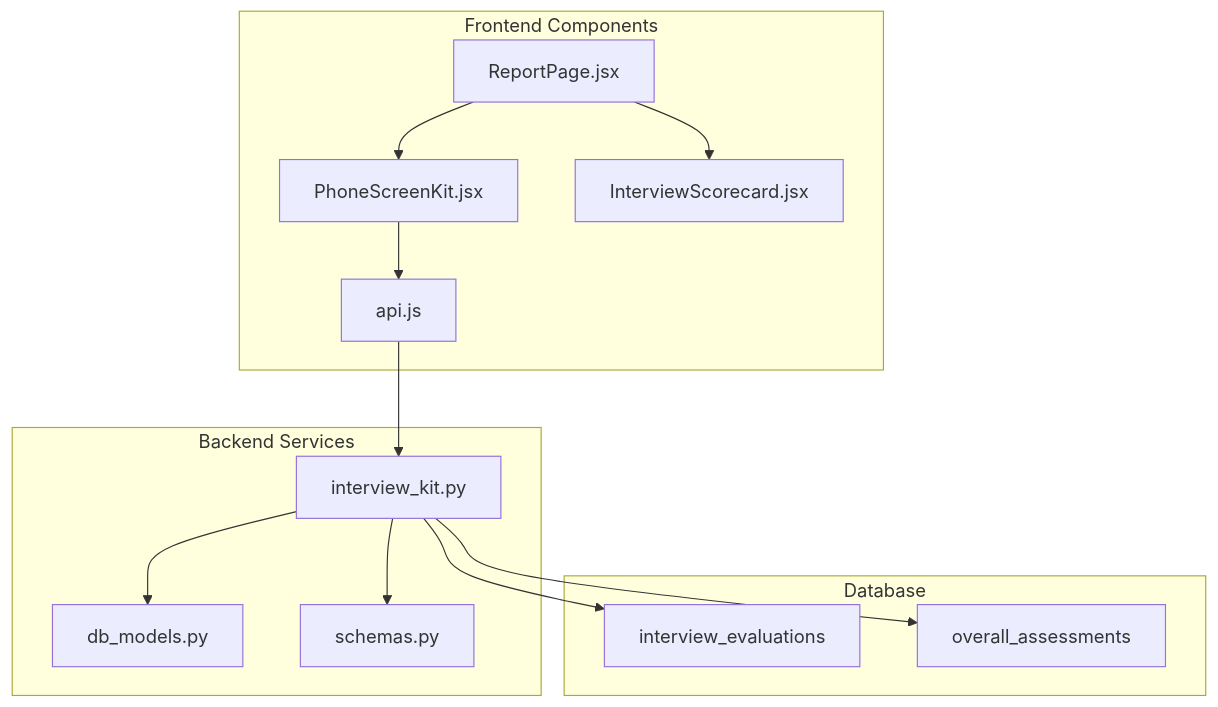
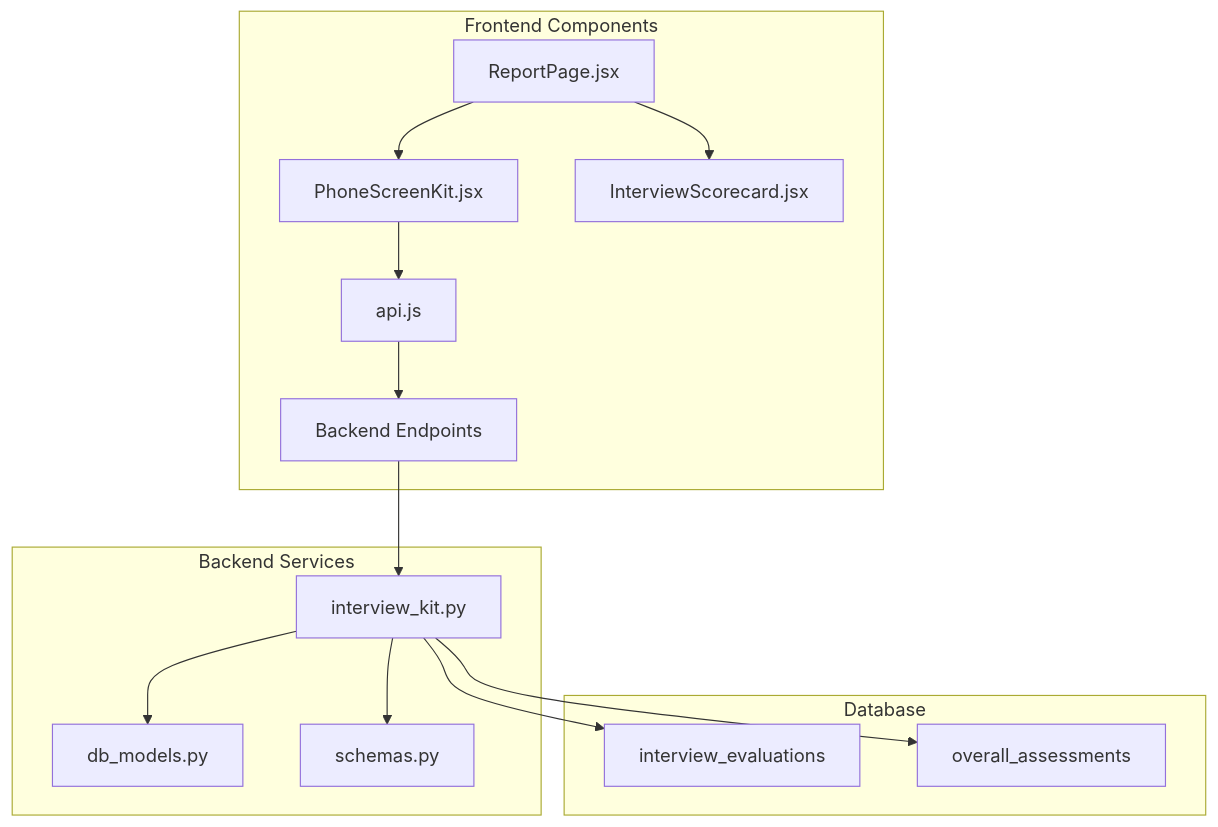
Before and after one commit to Revanththetalogics/aireume: the first of 9 diagrams in .qoder/repowiki/en/content/Frontend Architecture/Component Library/PhoneScreenKit Component.md, drawn with Mermaid. The commit also changed other lines of this file and 7 other files, not shown here.

````diff
--- a/.qoder/repowiki/en/content/Frontend Architecture/Component Library/PhoneScreenKit Component.md
+++ b/.qoder/repowiki/en/content/Frontend Architecture/Component Library/PhoneScreenKit Component.md
@@ -35,26 +46,28 @@
 ```mermaid
 graph TB
 subgraph "Frontend Components"
 PSK[PhoneScreenKit.jsx]
 ISP[InterviewScorecard.jsx]
 RP[ReportPage.jsx]
 API[api.js]
+ENDPT[Backend Endpoints]
 end
 subgraph "Backend Services"
 IK[interview_kit.py]
 DM[db_models.py]
 SCH[schemas.py]
 end
 subgraph "Database"
 IE[interview_evaluations]
 OA[overall_assessments]
 end
 PSK --> API
 RP --> PSK
 RP --> ISP
-API --> IK
+API --> ENDPT
+ENDPT --> IK
 IK --> DM
 IK --> SCH
 IK --> IE
 IK --> OA
 ```
````
